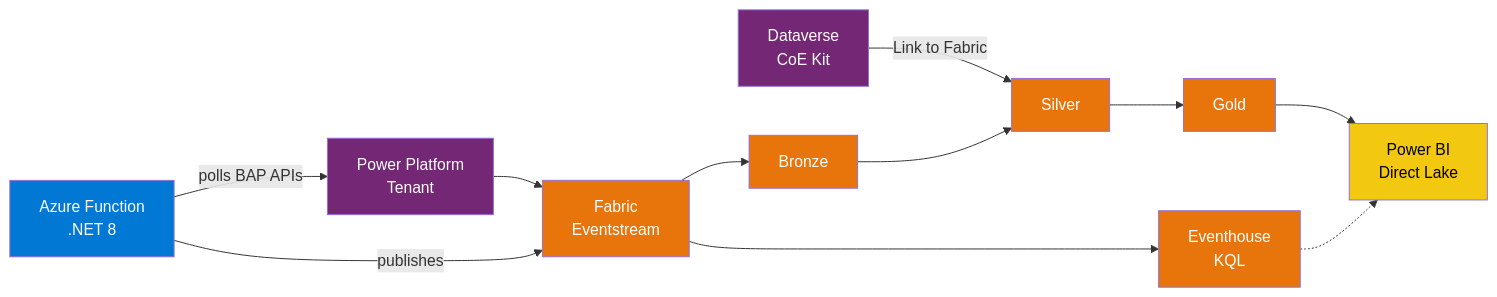
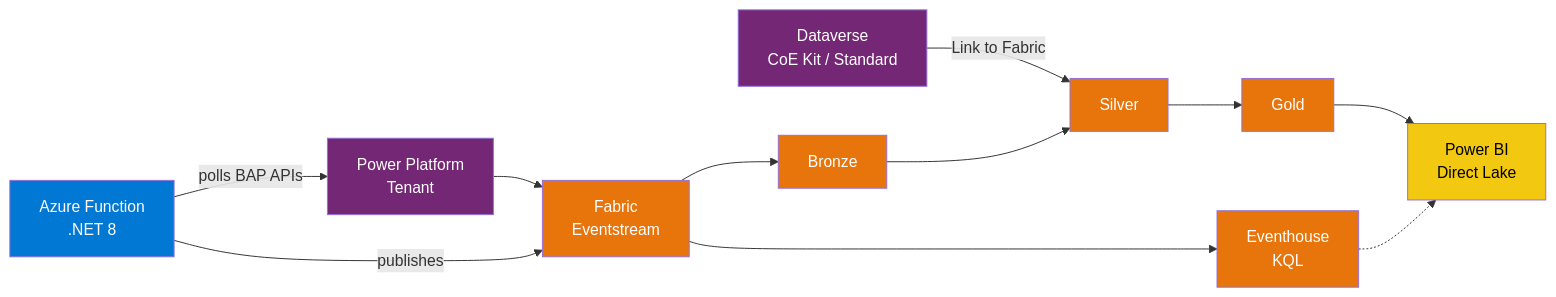
The first of 2 diagrams in README.md (vaddify/powerplatform-telemetry-fabric-lab), drawn with Mermaid before and after one commit. The commit also changed other lines of this file and 1 other file, not shown here.

````diff
--- a/README.md
+++ b/README.md
@@ -3,23 +3,23 @@
 ```mermaid
 flowchart LR
     PP["Power Platform\nTenant"] --> ES
     FN["Azure Function\n.NET 8"] -- polls BAP APIs --> PP
     FN -- publishes --> ES["Fabric\nEventstream"]
-    DV["Dataverse\nCoE Kit"] -- Link to Fabric --> SV
+    DV["Dataverse\nCoE Kit / Standard"] -- Link to Fabric --> SV
     ES --> BZ["Bronze"]
     ES --> KQL["Eventhouse\nKQL"]
     BZ --> SV["Silver"]
     SV --> GD["Gold"]
     GD --> PBI["Power BI\nDirect Lake"]
     KQL -.-> PBI
 
     style PP fill:#742774,color:#fff
     style DV fill:#742774,color:#fff
     style FN fill:#0078D4,color:#fff
     style ES fill:#E8740C,color:#fff
     style BZ fill:#E8740C,color:#fff
     style SV fill:#E8740C,color:#fff
     style GD fill:#E8740C,color:#fff
     style KQL fill:#E8740C,color:#fff
     style PBI fill:#F2C811,color:#000
 ```
````
